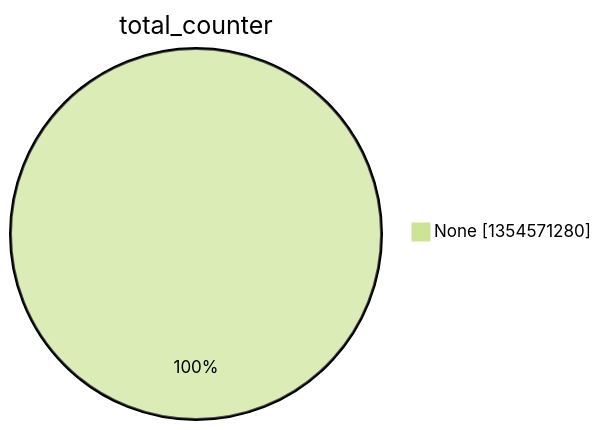
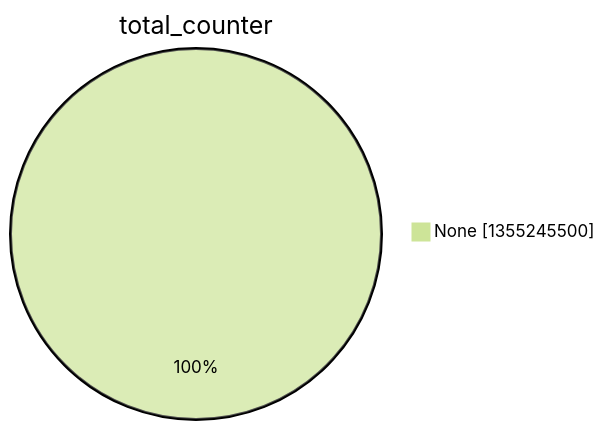
Before and after one commit to christiankrug/ctmonitor_visualization: the second of 15 diagrams in argon2022/README.md, drawn with Mermaid (forest theme). The commit also changed other lines of this file, not shown here.

````diff
--- a/argon2022/README.md
+++ b/argon2022/README.md
@@ -9,5 +9,5 @@
 ```mermaid
 pie showData
 title total_counter
-"None" :1354571280
+"None" :1355245500
 ```
````
